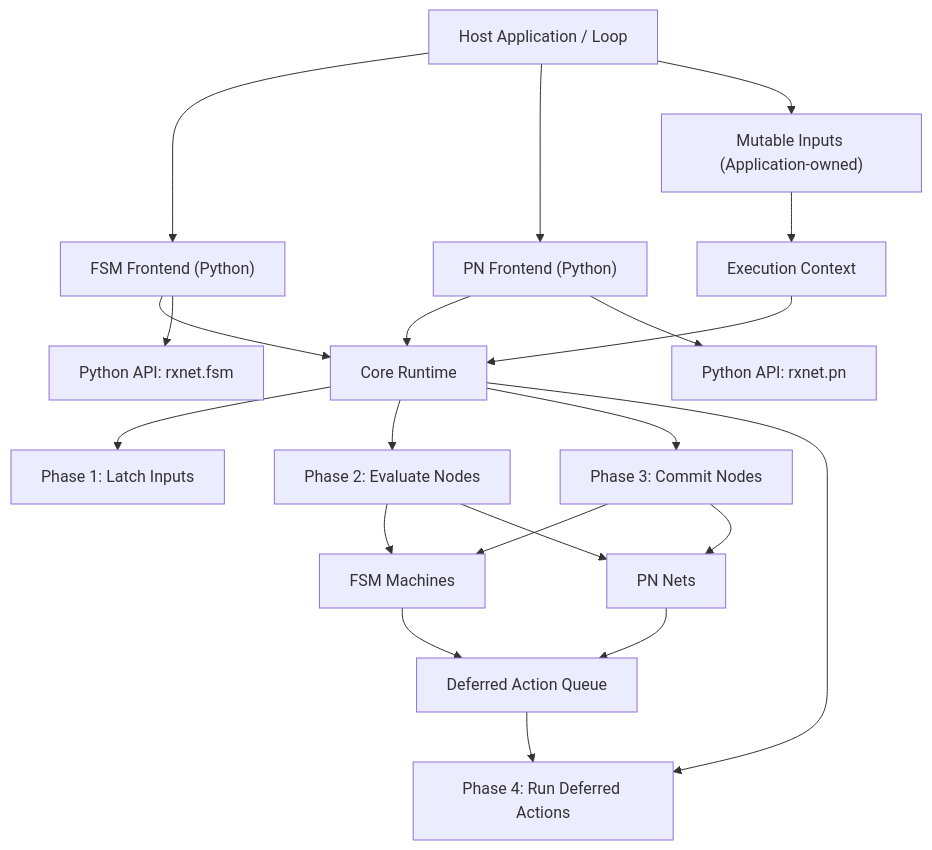
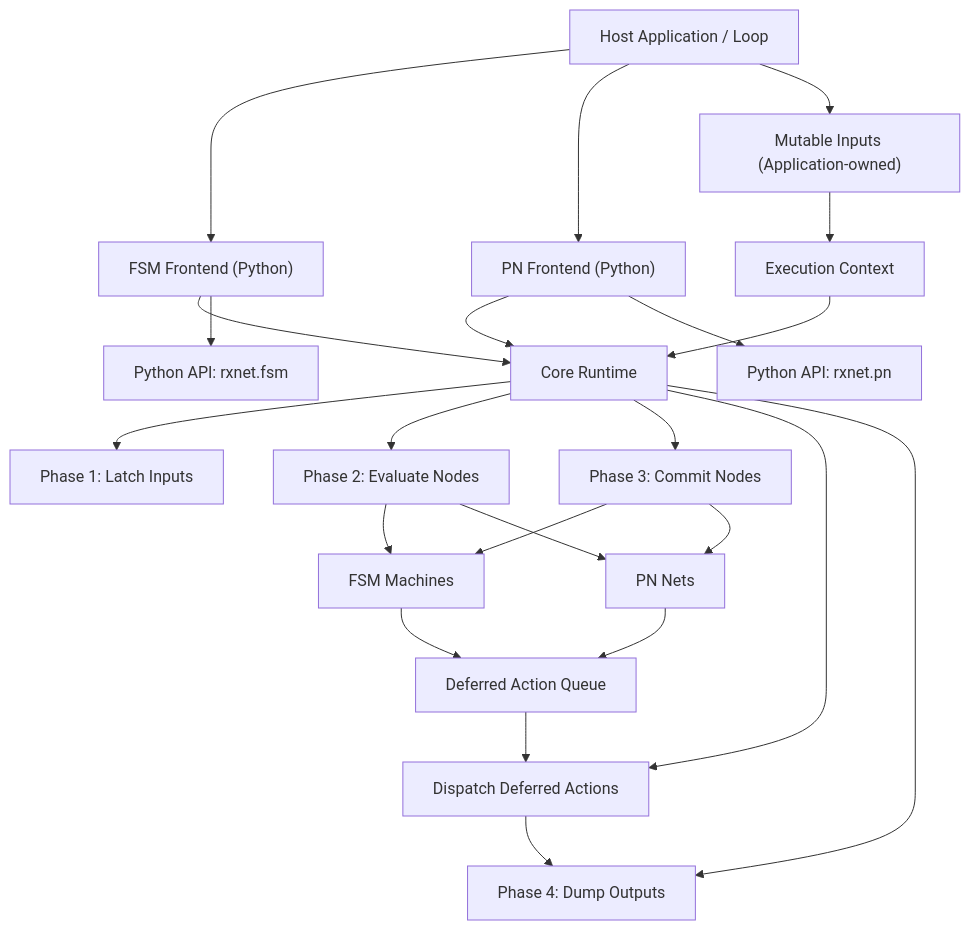
The diagram in docs/specs/python/design.md (greenlsi/rxnet), drawn with Mermaid before and after one commit. The commit also changed other lines of this file and 69 other files, not shown here.

````diff
--- a/docs/specs/python/design.md
+++ b/docs/specs/python/design.md
@@ -16,28 +16,30 @@
 ```mermaid
 graph TB
     Host["Host Application / Loop"] --> FSMSurface["FSM Frontend (Python)"]
     Host --> PNSurface["PN Frontend (Python)"]
     Host --> Inputs["Mutable Inputs (Application-owned)"]
 
     FSMSurface --> Core["Core Runtime"]
     PNSurface --> Core
     Inputs --> Ctx["Execution Context"]
     Ctx --> Core
 
     Core --> Latch["Phase 1: Latch Inputs"]
     Core --> Eval["Phase 2: Evaluate Nodes"]
     Core --> Commit["Phase 3: Commit Nodes"]
-    Core --> Deferred["Phase 4: Run Deferred Actions"]
+    Core --> Deferred["Dispatch Deferred Actions"]
+    Core --> Dump["Phase 4: Dump Outputs"]
 
     Eval --> FSMNodes["FSM Machines"]
     Eval --> PNNets["PN Nets"]
     Commit --> FSMNodes
     Commit --> PNNets
 
     FSMNodes --> Actions["Deferred Action Queue"]
     PNNets --> Actions
     Actions --> Deferred
+    Deferred --> Dump
 
     FSMSurface --> PyAPI["Python API: rxnet.fsm"]
     PNSurface --> PyPNAPI["Python API: rxnet.pn"]
 ```
````
